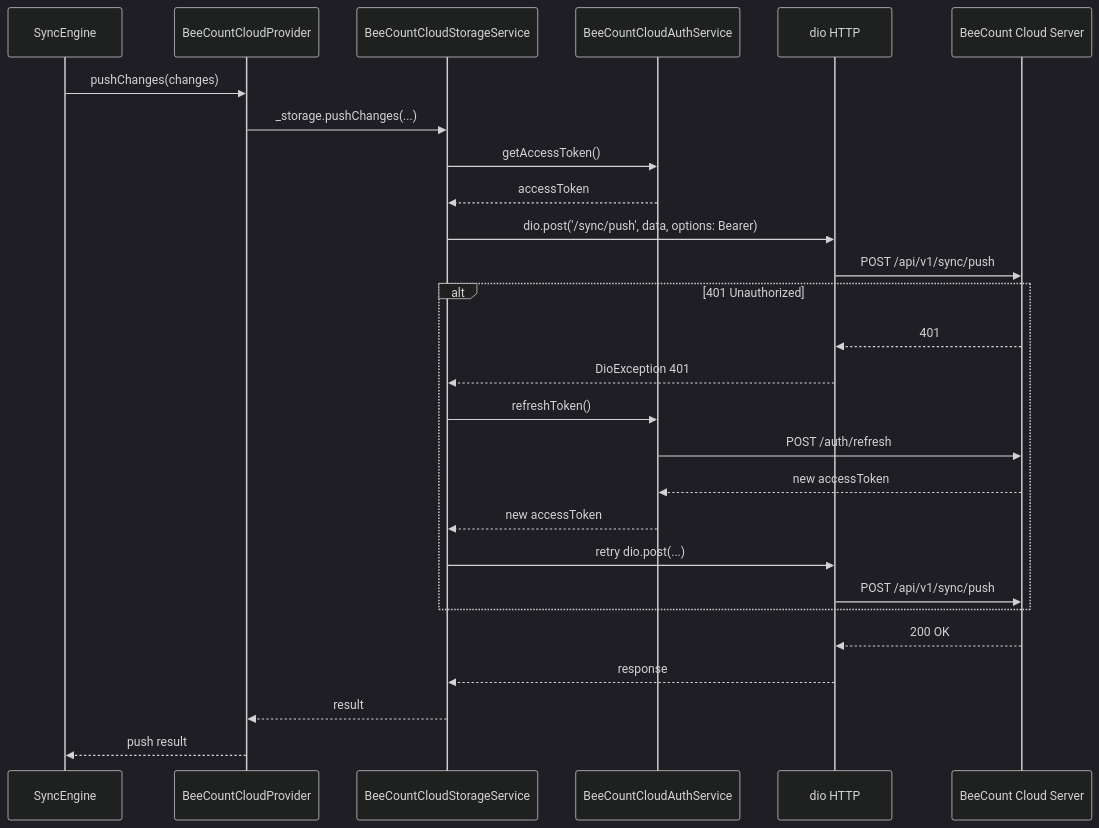
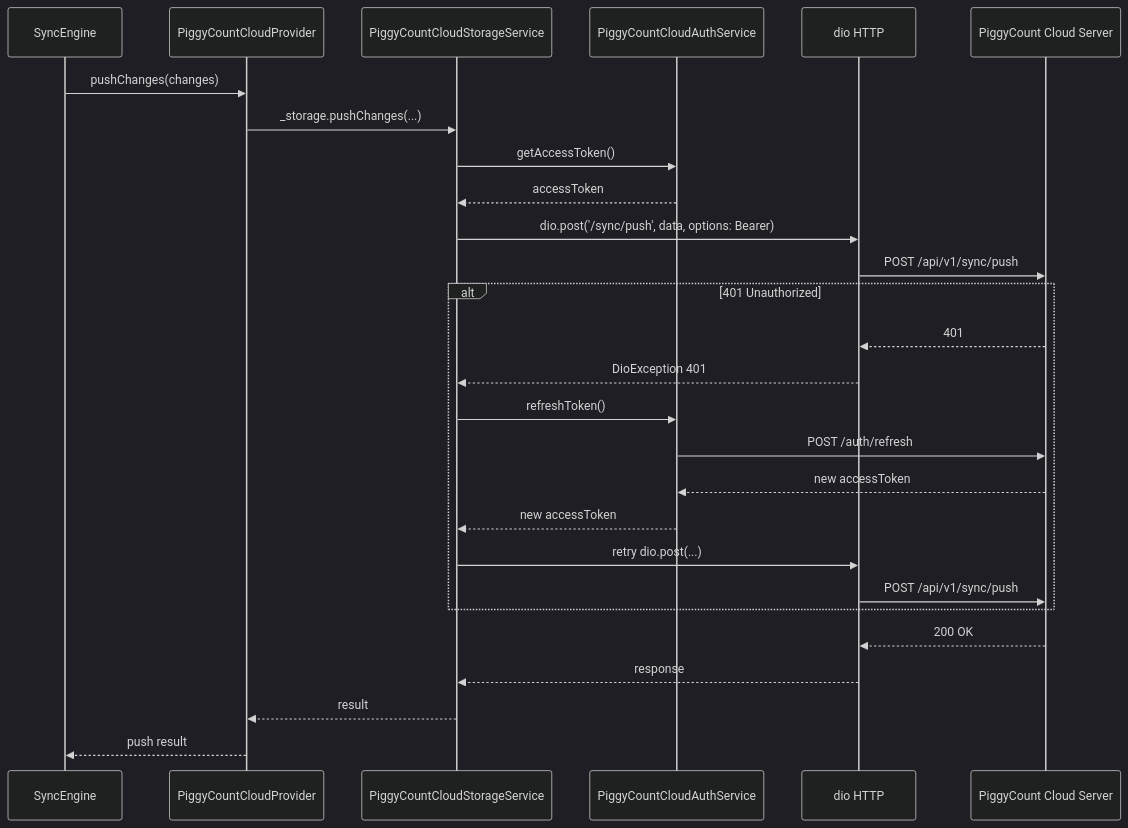
One commit to mecoren/PiggyCount changed the fourth of 4 diagrams in docoments/03-tech-stack.md. Above: the diagram before and after it, drawn with Mermaid (dark theme). The commit also changed other lines of this file and 91 other files, not shown here.

````diff
--- a/docoments/03-tech-stack.md
+++ b/docoments/03-tech-stack.md
@@ -327,30 +327,30 @@
 ```mermaid
 sequenceDiagram
     participant Engine as SyncEngine
-    participant Provider as BeeCountCloudProvider
-    participant Storage as BeeCountCloudStorageService
-    participant Auth as BeeCountCloudAuthService
+    participant Provider as PiggyCountCloudProvider
+    participant Storage as PiggyCountCloudStorageService
+    participant Auth as PiggyCountCloudAuthService
     participant HTTP as dio HTTP
-    participant Server as BeeCount Cloud Server
+    participant Server as PiggyCount Cloud Server
 
     Engine->>Provider: pushChanges(changes)
     Provider->>Storage: _storage.pushChanges(...)
     Storage->>Auth: getAccessToken()
     Auth-->>Storage: accessToken
     Storage->>HTTP: dio.post('/sync/push', data, options: Bearer)
     HTTP->>Server: POST /api/v1/sync/push
     alt 401 Unauthorized
         Server-->>HTTP: 401
         HTTP-->>Storage: DioException 401
         Storage->>Auth: refreshToken()
         Auth->>Server: POST /auth/refresh
         Server-->>Auth: new accessToken
         Auth-->>Storage: new accessToken
         Storage->>HTTP: retry dio.post(...)
         HTTP->>Server: POST /api/v1/sync/push
     end
     Server-->>HTTP: 200 OK
     HTTP-->>Storage: response
     Storage-->>Provider: result
     Provider-->>Engine: push result
 ```
````
